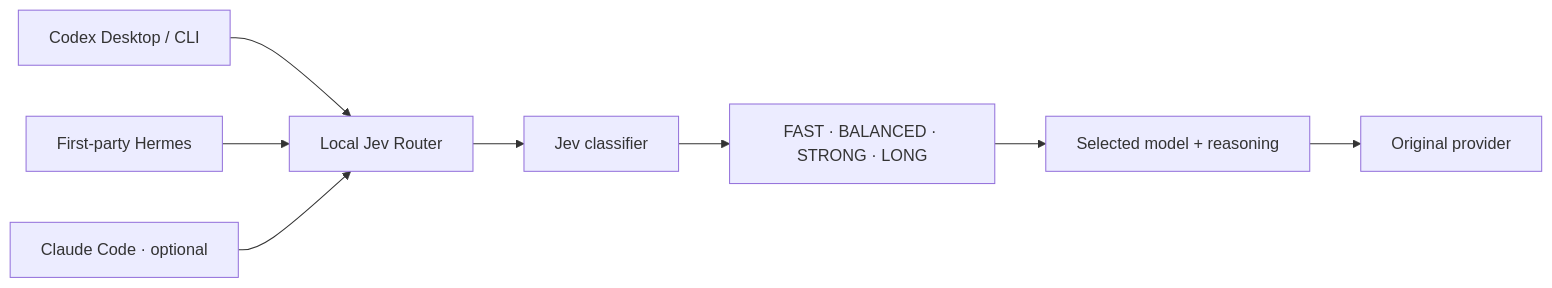
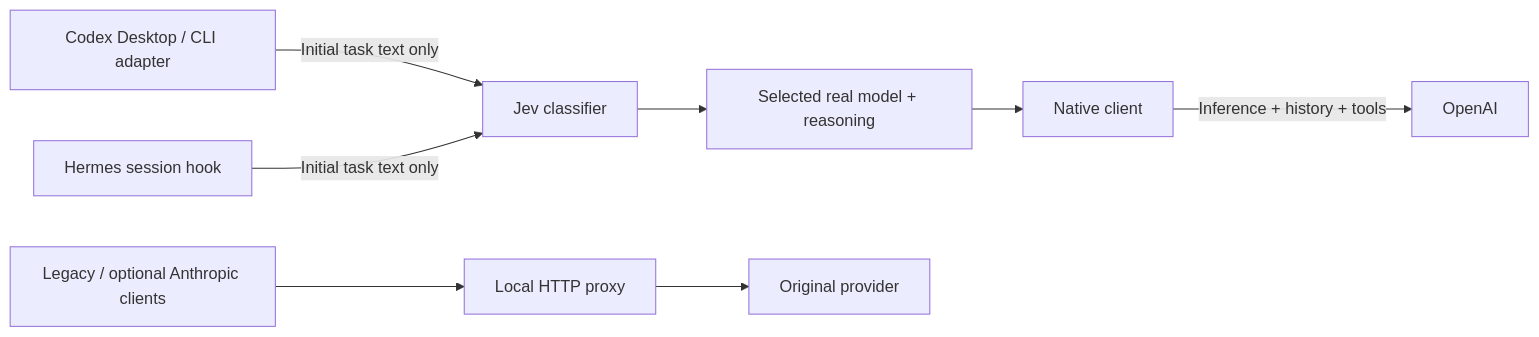
The diagram in README.md (AnhAnAsian/jev-codex-hermes), drawn with Mermaid before and after one commit. The commit also changed other lines of this file and 34 other files, not shown here.

First line of the commit message:
Add native first-request routing for Codex and Hermes

````diff
--- a/README.md
+++ b/README.md
@@ -148,10 +171,10 @@
 ```mermaid
 flowchart LR
-    C[Codex Desktop / CLI] --> R[Local Jev Router]
-    H[First-party Hermes] --> R
-    A[Claude Code · optional] --> R
-    R --> J[Jev classifier]
-    J --> T[FAST · BALANCED · STRONG · LONG]
-    T --> P[Selected model + reasoning]
-    P --> U[Original provider]
+    C[Codex Desktop / CLI adapter] -->|Initial task text only| J[Jev classifier]
+    H[Hermes session hook] -->|Initial task text only| J
+    J --> P[Selected real model + reasoning]
+    P --> N[Native client]
+    N -->|Inference + history + tools| U[OpenAI]
+    L[Legacy / optional Anthropic clients] --> R[Local HTTP proxy]
+    R --> O[Original provider]
 ```
````
